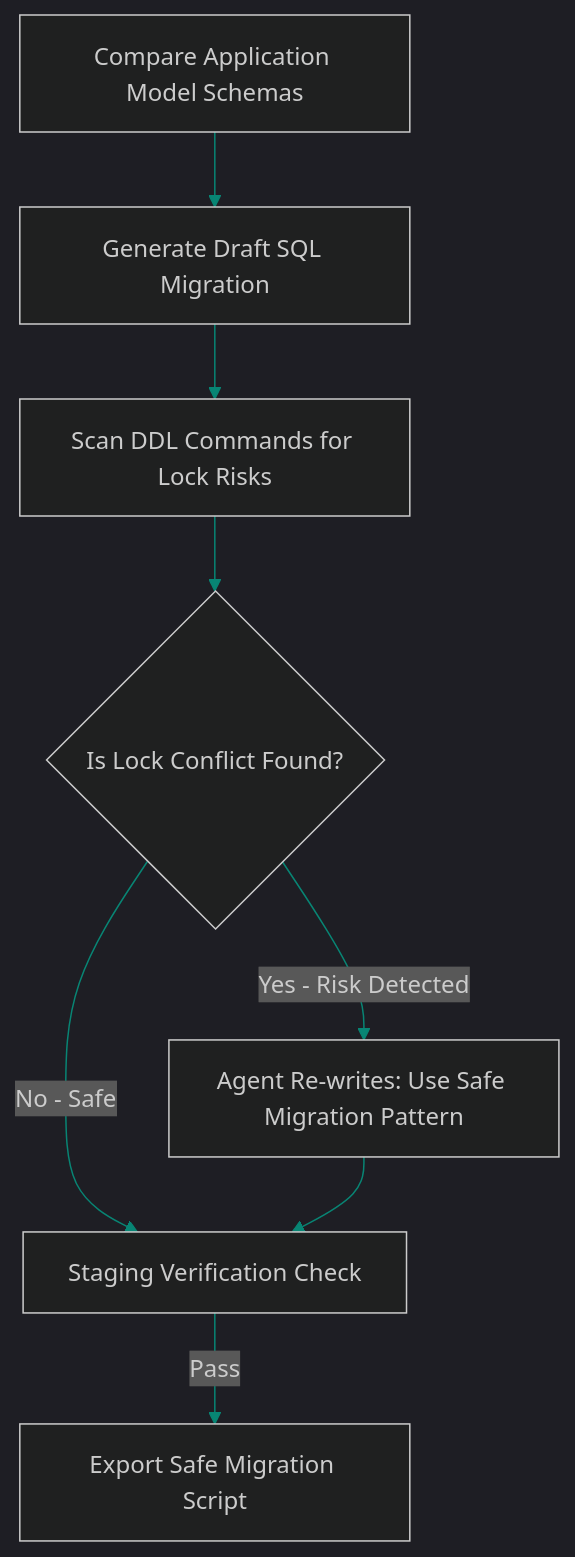
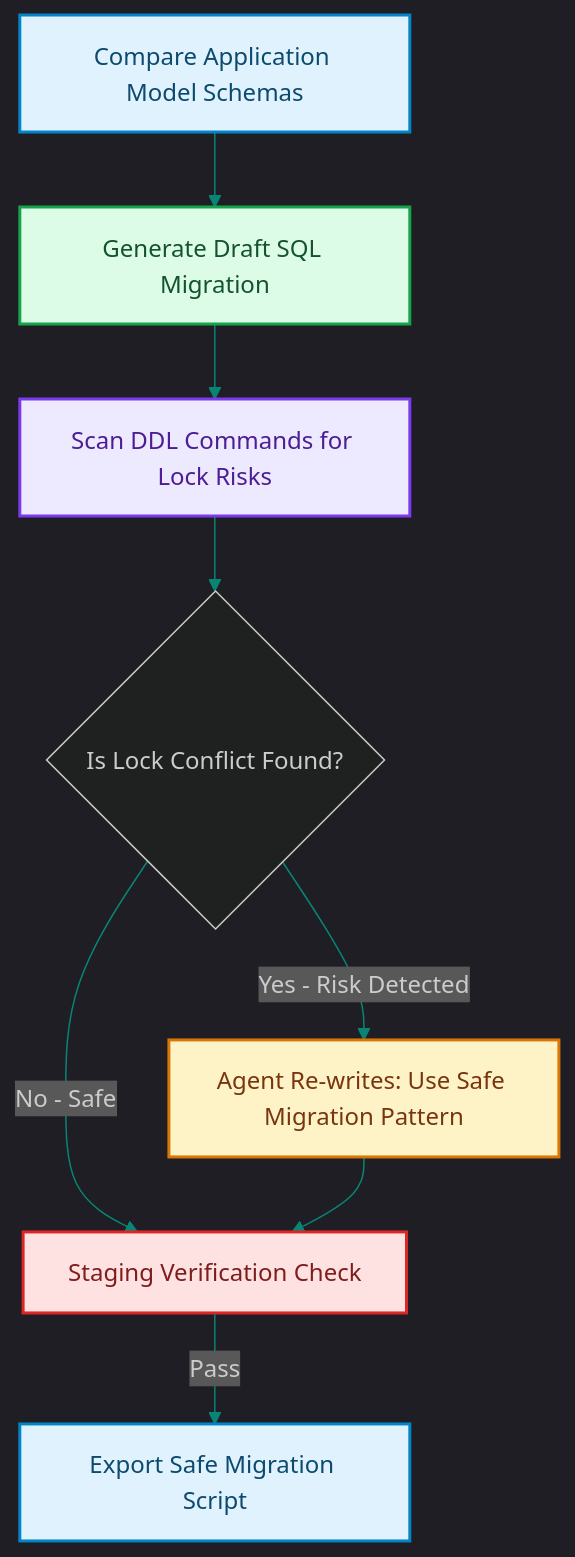
The diagram in blog/posts/database-self-healing-schema-migrations-lock-checks.md (akmalkhaniub/akmalkhaniub.github.io), drawn with Mermaid before and after one commit. The commit also changed other lines of this file and 1291 other files, not shown here.

First line of the commit message:
feat(catalog): unique covers, scholarly references, and diagram palettes

````diff
--- a/blog/posts/database-self-healing-schema-migrations-lock-checks.md
+++ b/blog/posts/database-self-healing-schema-migrations-lock-checks.md
@@ -16,13 +16,24 @@
 ```mermaid
 %%{init: {'theme': 'dark', 'themeVariables': { 'primaryColor': '#088574', 'primaryTextColor': '#f3f4f6', 'primaryBorderColor': '#0db49b', 'lineColor': '#088574', 'secondaryColor': '#111827', 'tertiaryColor': '#0b0f19'}}}%%
 flowchart TD
-    Diff[Compare Application Model Schemas] --> Gen[Generate Draft SQL Migration]
-    Gen --> Parse[Scan DDL Commands for Lock Risks]
+    Diff["Compare Application Model Schemas"] --> Gen["Generate Draft SQL Migration"]
+    Gen --> Parse["Scan DDL Commands for Lock Risks"]
     
     Parse --> CheckLock{Is Lock Conflict Found?}
-    CheckLock -->|Yes - Risk Detected| Rewrite[Agent Re-writes: Use Safe Migration Pattern]
-    CheckLock -->|No - Safe| Verify[Staging Verification Check]
+    CheckLock -->|Yes - Risk Detected| Rewrite["Agent Re-writes: Use Safe Migration Pattern"]
+    CheckLock -->|No - Safe| Verify["Staging Verification Check"]
     
     Rewrite --> Verify
-    Verify -->|Pass| Commit[Export Safe Migration Script]
+    Verify -->|Pass| Commit["Export Safe Migration Script"]
+
+classDef green fill:#dcfce7,stroke:#16a34a,stroke-width:2px,color:#14532d;
+classDef red fill:#fee2e2,stroke:#dc2626,stroke-width:2px,color:#7f1d1d;
+classDef blue fill:#e0f2fe,stroke:#0284c7,stroke-width:2px,color:#0c4a6e;
+classDef yellow fill:#fef3c7,stroke:#d97706,stroke-width:2px,color:#78350f;
+classDef purple fill:#ede9fe,stroke:#7c3aed,stroke-width:2px,color:#4c1d95;
+class Diff,Commit blue
+class Gen green
+class Parse purple
+class Rewrite yellow
+class Verify red
 ```
````
